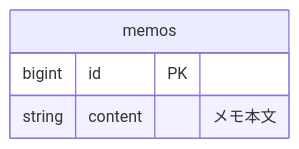
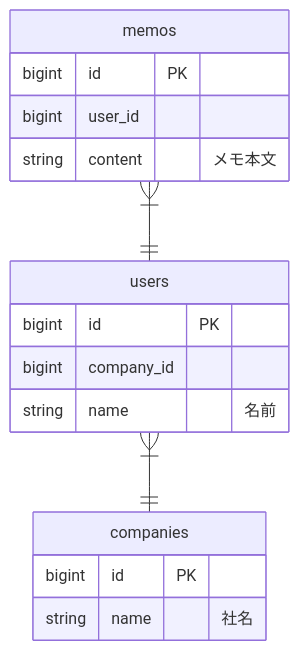
The diagram in documents/er.md (nakajima97/fastapi-playgorund), drawn with Mermaid before and after one commit. The commit also changed 9 other files, not shown here.

````diff
--- a/documents/er.md
+++ b/documents/er.md
@@ -1,7 +1,22 @@
 ```mermaid
 erDiagram
+  memos }|--|| users : ""
+  users }|--|| companies : ""
+
   memos {
     bigint id PK
+    bigint user_id
     string content "メモ本文"
   }
+
+  users {
+    bigint id PK
+    bigint company_id
+    string name "名前"
+  }
+
+  companies {
+    bigint id PK
+    string name "社名"
+  }
 ```
````
